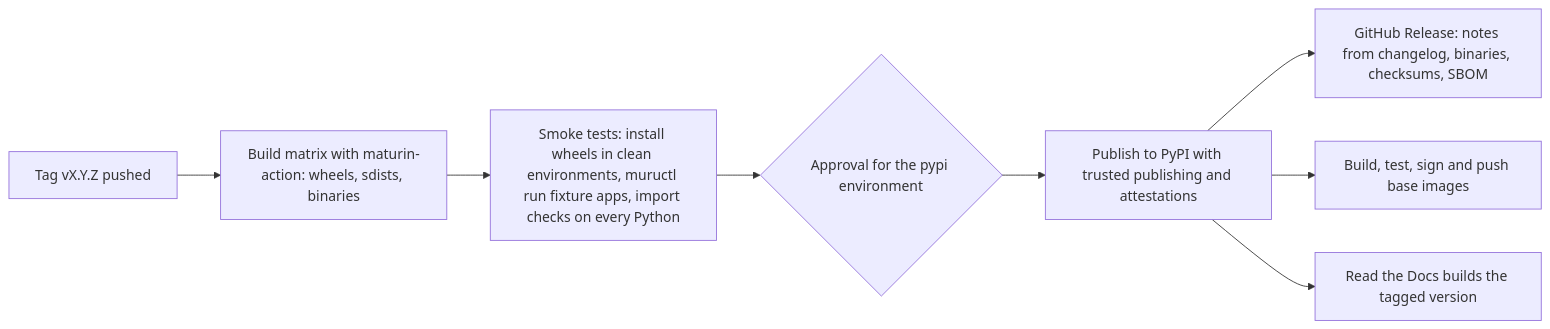
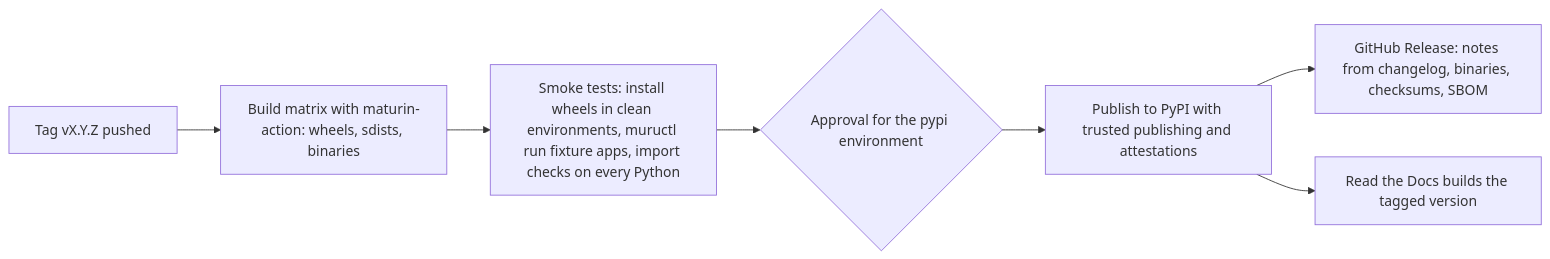
Before and after one commit to GrahamDumpleton/muru: the diagram in docs/project/design/17-packaging-and-release.md, drawn with Mermaid. The commit also changed other lines of this file and 8 other files, not shown here.

````diff
--- a/docs/project/design/17-packaging-and-release.md
+++ b/docs/project/design/17-packaging-and-release.md
@@ -36,10 +35,9 @@
 ```mermaid
 flowchart LR
   T[Tag vX.Y.Z pushed] --> B[Build matrix with maturin-action: wheels, sdists, binaries]
   B --> S[Smoke tests: install wheels in clean environments, muructl run fixture apps, import checks on every Python]
   S --> A{Approval for the pypi environment}
   A --> P[Publish to PyPI with trusted publishing and attestations]
   P --> G[GitHub Release: notes from changelog, binaries, checksums, SBOM]
-  P --> I[Build, test, sign and push base images]
   P --> D[Read the Docs builds the tagged version]
 ```
````
